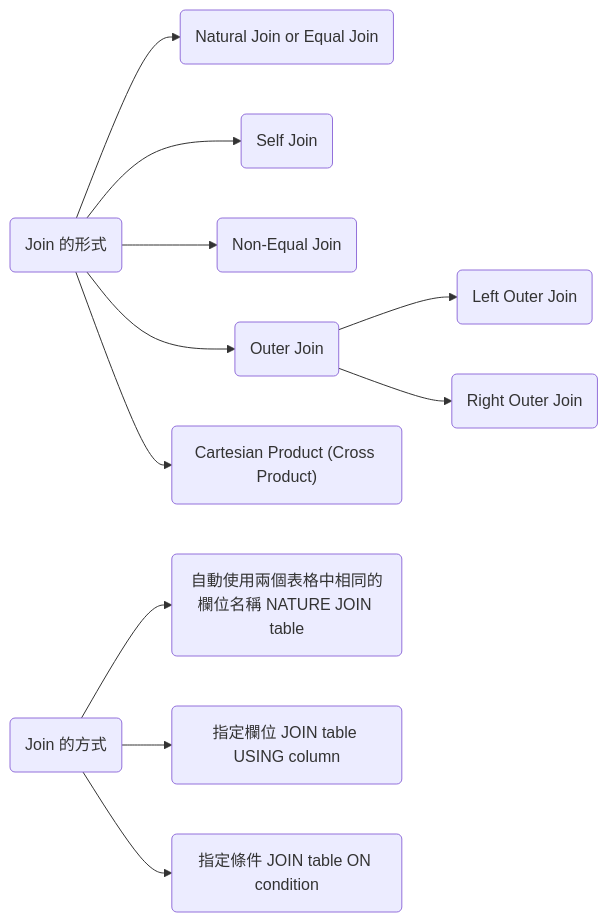
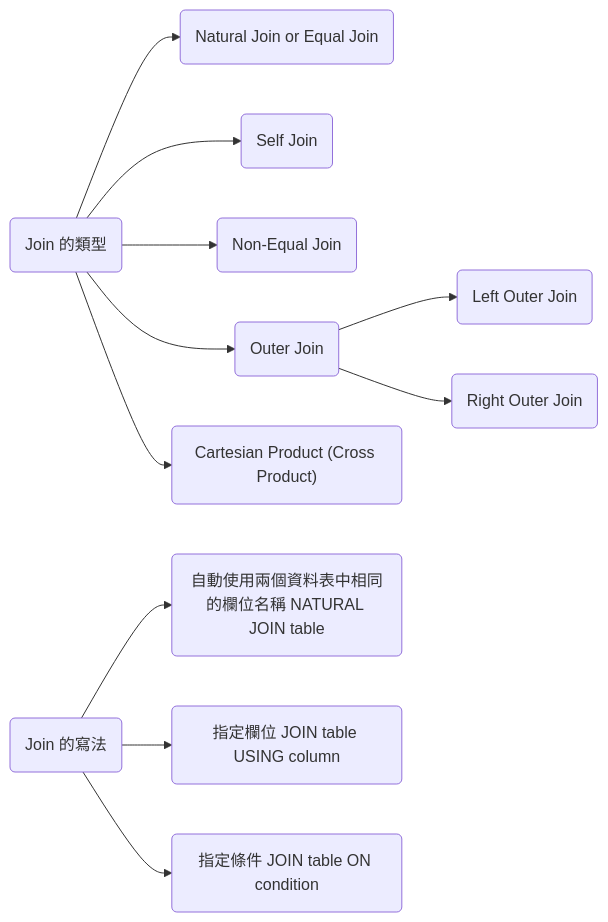
The diagram in course_practices/ws1-u07_ch.md (hychen39/oce_sql), drawn with Mermaid before and after one commit. The commit also changed other lines of this file and 18 other files, not shown here.

````diff
--- a/course_practices/ws1-u07_ch.md
+++ b/course_practices/ws1-u07_ch.md
@@ -15,20 +15,20 @@
 ```mermaid
 graph LR;
-  JoinType("Join 的形式")
+  JoinType("Join 的類型")
 
   JoinType-->NaturalJoin("Natural Join or Equal Join")
   JoinType-->SelfJoin("Self Join")
   JoinType-->NonEqualJoin("Non-Equal Join")
   JoinType-->OuterJoin("Outer Join")
   JoinType-->CrossJoin("Cartesian Product (Cross Product)")
   OuterJoin-->LeftOuter("Left Outer Join")
   OuterJoin-->RightOuter("Right Outer Join")
 
-  JoinMethod("Join 的方式")
-  UseSameColName("自動使用兩個表格中相同的欄位名稱 NATURE JOIN table")
+  JoinMethod("Join 的寫法")
+  UseSameColName("自動使用兩個資料表中相同的欄位名稱 NATURAL JOIN table")
   SpecifyColumn("指定欄位 JOIN table USING column")
   SpecifyCondition("指定條件 JOIN table ON condition")
   JoinMethod-->UseSameColName
   JoinMethod-->SpecifyColumn
   JoinMethod-->SpecifyCondition
 ```
````
